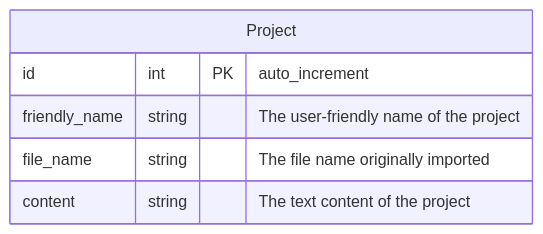
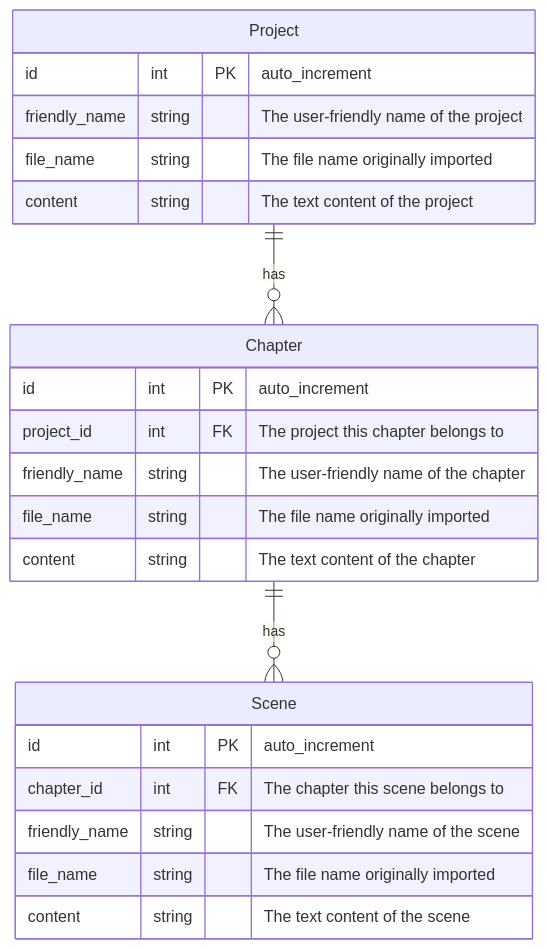
One commit to Stefan4D/lexicon changed the diagram in docs/db-schema.mermaid. Above: the diagram before and after it, drawn with Mermaid. The commit also changed 9 other files, not shown here.

```diff
--- a/docs/db-schema.mermaid
+++ b/docs/db-schema.mermaid
@@ -1,7 +1,25 @@
 erDiagram
     Project {
         id int PK "auto_increment"
         friendly_name string "The user-friendly name of the project"
         file_name string "The file name originally imported"
         content string "The text content of the project"
     }
+    Chapter {
+        id int PK "auto_increment"
+        project_id int FK "The project this chapter belongs to"
+        friendly_name string "The user-friendly name of the chapter"
+        file_name string "The file name originally imported"
+        content string "The text content of the chapter"
+    }
+
+    Scene {
+        id int PK "auto_increment"
+        chapter_id int FK "The chapter this scene belongs to"
+        friendly_name string "The user-friendly name of the scene"
+        file_name string "The file name originally imported"
+        content string "The text content of the scene"
+    }
+
+    Project ||--o{ Chapter : has
+    Chapter ||--o{ Scene : has
```
